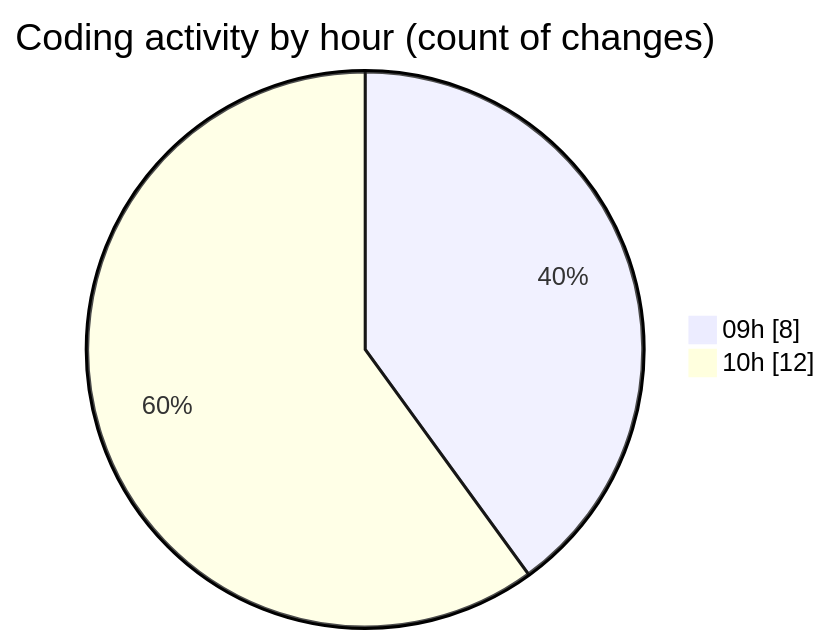
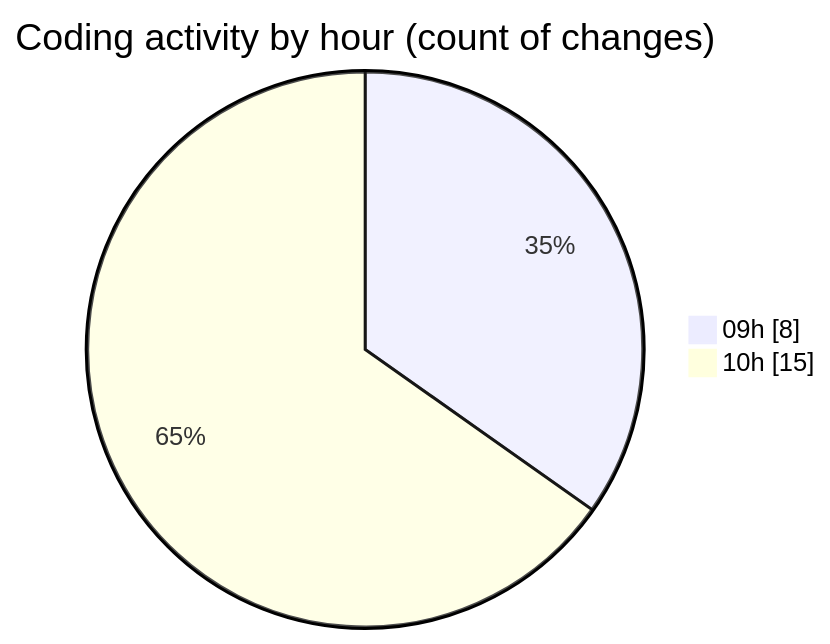
Before and after one commit to CELIANVF/code-tracking: the second of 2 diagrams in 2025-06-03/ecodeli-1/README.md, drawn with Mermaid. The commit also changed other lines of this file and 1 other file, not shown here.

````diff
--- a/2025-06-03/ecodeli-1/README.md
+++ b/2025-06-03/ecodeli-1/README.md
@@ -37,6 +41,6 @@
 ```mermaid
 pie showData
 title Coding activity by hour (count of changes)
 "09h" : 8
-"10h" : 12
+"10h" : 15
 ```
````
